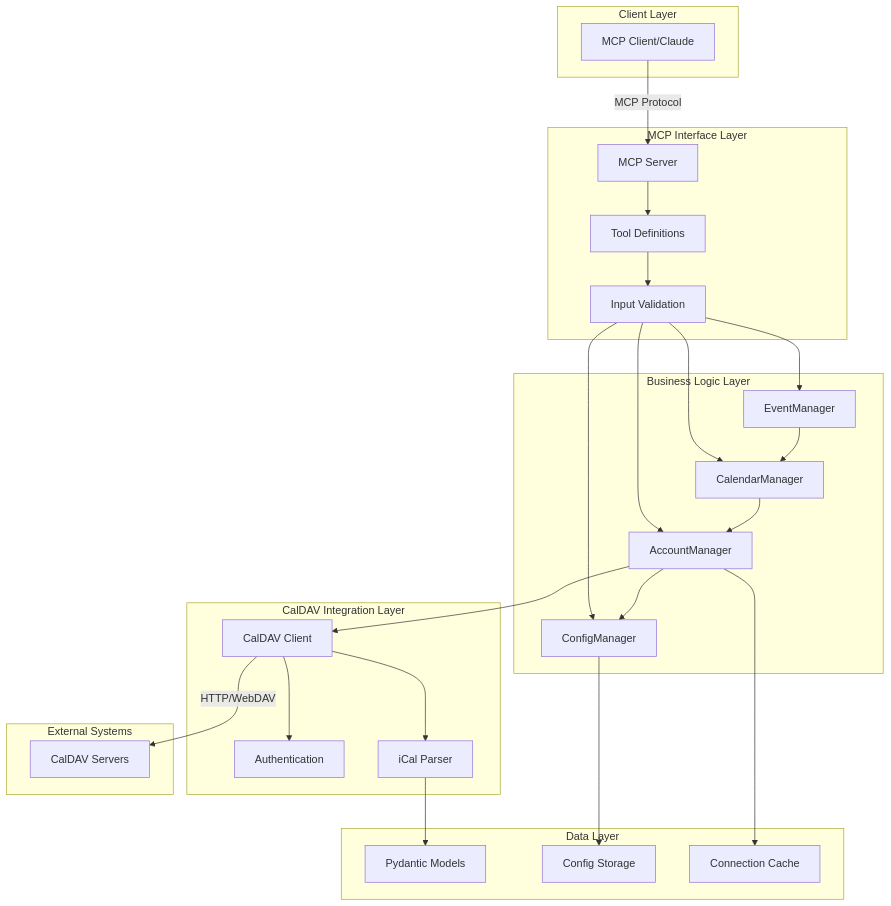
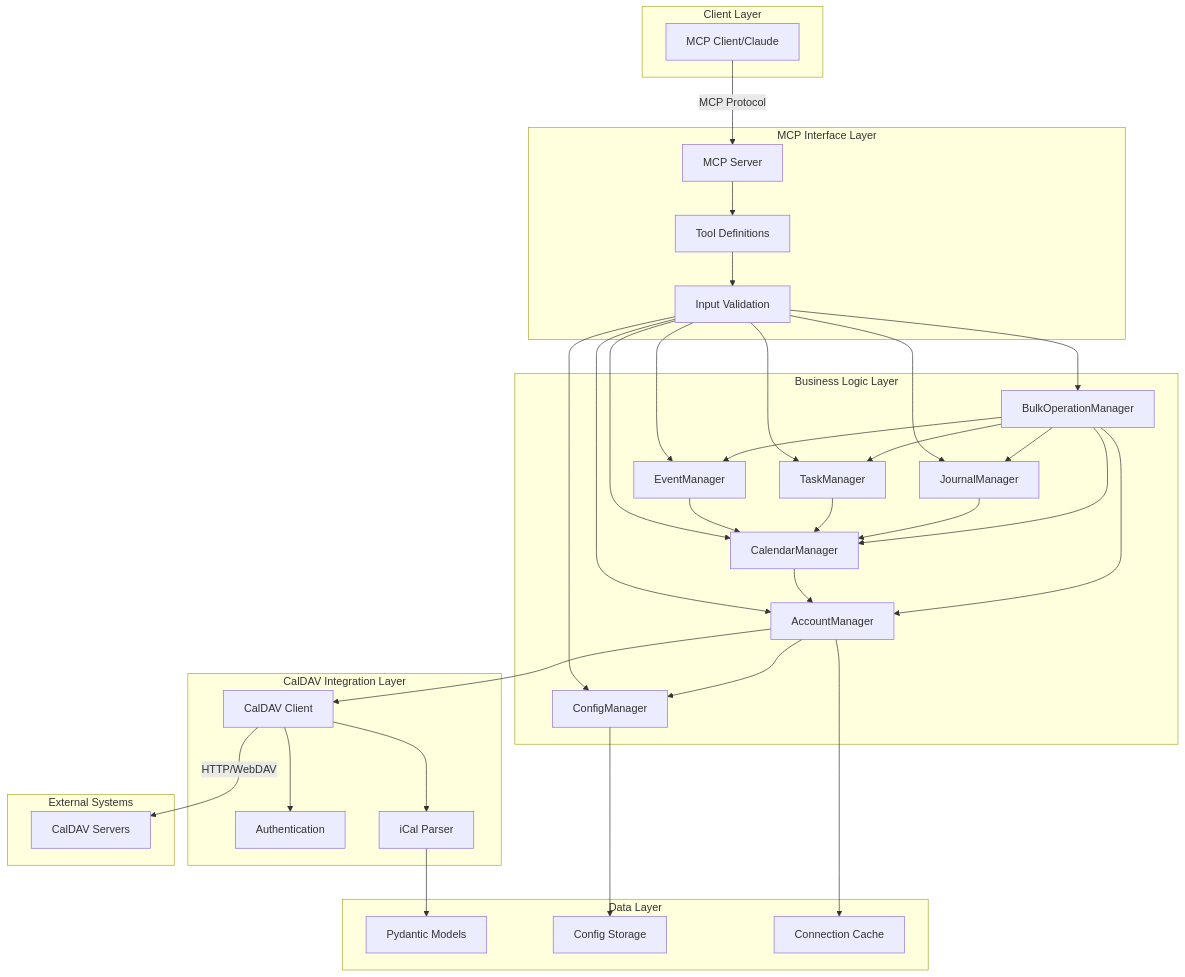
The first of 14 diagrams in docs/ARCHITECTURE.md (meskallito/chronos-mcp), drawn with Mermaid before and after one commit. The commit also changed other lines of this file and 1 other file, not shown here.

First line of the commit message:
docs: add TaskManager, JournalManager, BulkOperationManager to ARCHITECTURE

````diff
--- a/docs/ARCHITECTURE.md
+++ b/docs/ARCHITECTURE.md
@@ -7,58 +7,71 @@
 ```mermaid
 graph TB
     subgraph "Client Layer"
         CLIENT[MCP Client/Claude]
     end
 
     subgraph "MCP Interface Layer"
         SERVER[MCP Server]
         TOOLS[Tool Definitions]
         VALID[Input Validation]
     end
 
     subgraph "Business Logic Layer"
         CONFIG[ConfigManager]
         ACCOUNTS[AccountManager]
         CALENDARS[CalendarManager]
         EVENTS[EventManager]
+        TASKS[TaskManager]
+        JOURNALS[JournalManager]
+        BULK[BulkOperationManager]
     end
 
     subgraph "CalDAV Integration Layer"
         CALDAV[CalDAV Client]
         AUTH[Authentication]
         PARSER[iCal Parser]
     end
 
     subgraph "Data Layer"
         MODELS[Pydantic Models]
         STORAGE[Config Storage]
         CACHE[Connection Cache]
     end
 
     subgraph "External Systems"
         CALDAV_SERVER[CalDAV Servers]
     end
 
     CLIENT -->|MCP Protocol| SERVER
     SERVER --> TOOLS
     TOOLS --> VALID
 
     VALID --> CONFIG
     VALID --> ACCOUNTS
     VALID --> CALENDARS
     VALID --> EVENTS
+    VALID --> TASKS
+    VALID --> JOURNALS
+    VALID --> BULK
 
     ACCOUNTS --> CONFIG
     CALENDARS --> ACCOUNTS
     EVENTS --> CALENDARS
+    TASKS --> CALENDARS
+    JOURNALS --> CALENDARS
+    BULK --> ACCOUNTS
+    BULK --> CALENDARS
+    BULK --> EVENTS
+    BULK --> TASKS
+    BULK --> JOURNALS
 
     ACCOUNTS --> CALDAV
     CALDAV --> AUTH
     CALDAV --> PARSER
 
     CONFIG --> STORAGE
     ACCOUNTS --> CACHE
     PARSER --> MODELS
 
     CALDAV -->|HTTP/WebDAV| CALDAV_SERVER
 ```
````
